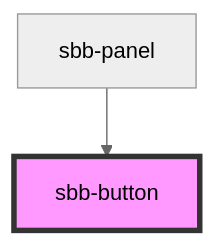
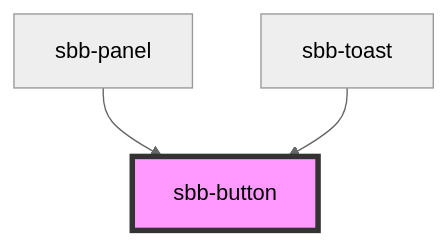
Before and after one commit to sbb-design-systems/lyne-components: the diagram in src/components/sbb-button/readme.md, drawn with Mermaid (neutral theme). The commit also changed other lines of this file and 4 other files, not shown here.

Commit message:
feat: use sbb-button for close icon

````diff
--- a/src/components/sbb-button/readme.md
+++ b/src/components/sbb-button/readme.md
@@ -45,5 +46,6 @@
 ```mermaid
 graph TD;
   sbb-panel --> sbb-button
+  sbb-toast --> sbb-button
   style sbb-button fill:#f9f,stroke:#333,stroke-width:4px
 ```
````
